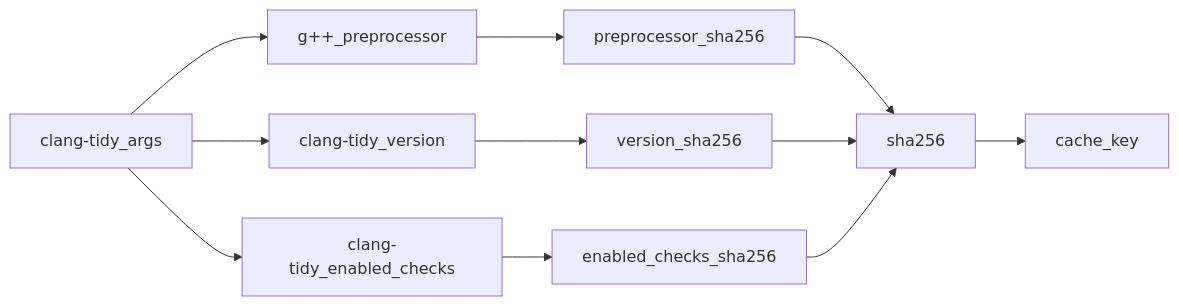
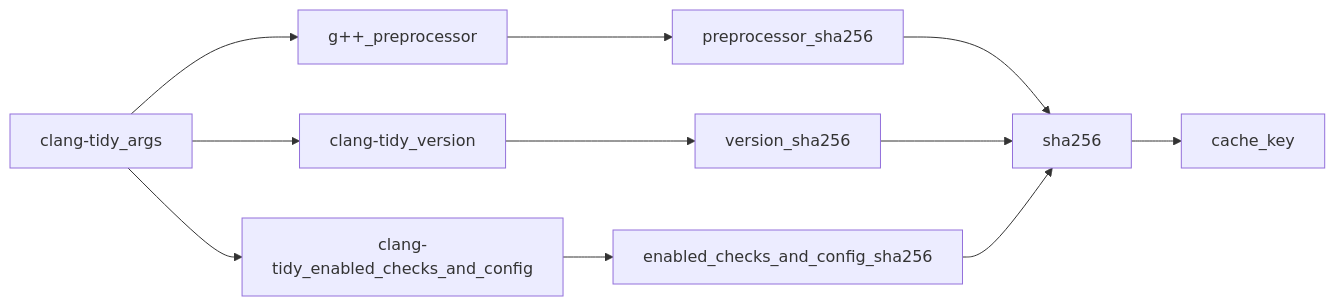
Before and after one commit to freedick/cltcache: the diagram in README.md, drawn with Mermaid. The commit also changed other lines of this file and 1 other file, not shown here.

Commit message:
Fixes:
* clang-tidy config values are included in hash

Adds new features:

* cltcache supports build patch mechanism (-p) in addition to compile args passing in command line (--)

* preprocessor command can now contain arguments or be empty when appropriate

````diff
--- a/README.md
+++ b/README.md
@@ -57,13 +57,13 @@
 ```mermaid
 graph LR;
     clang-tidy_args-->g++_preprocessor;
     clang-tidy_args-->clang-tidy_version;
-    clang-tidy_args-->clang-tidy_enabled_checks;
+    clang-tidy_args-->clang-tidy_enabled_checks_and_config;
     g++_preprocessor-->preprocessor_sha256;
     clang-tidy_version-->version_sha256;
-    clang-tidy_enabled_checks-->enabled_checks_sha256;
+    clang-tidy_enabled_checks_and_config-->enabled_checks_and_config_sha256;
     preprocessor_sha256-->sha256;
     version_sha256-->sha256;
-    enabled_checks_sha256-->sha256;
+    enabled_checks_and_config_sha256-->sha256;
     sha256-->cache_key;
 ```
````
